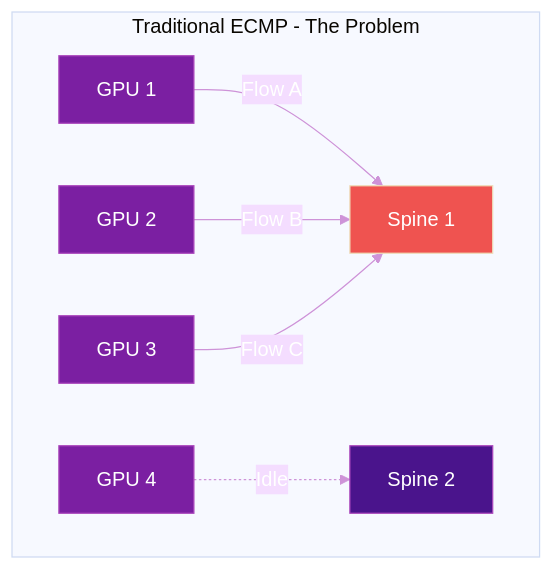
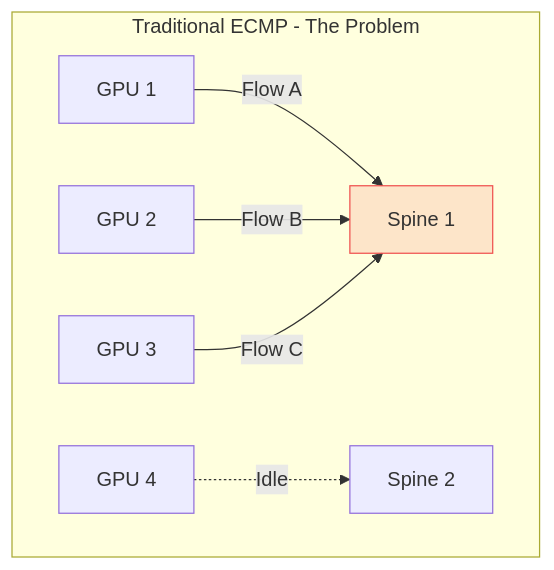
One commit to eldaninavas/srv6.md changed the first of 2 diagrams in docs/use-cases/ai-networking.md. Above: the diagram before and after it, drawn with Mermaid. The commit also changed other lines of this file and 29 other files, not shown here.

First line of the commit message:
fix(mermaid): apply theme-aware colors site-wide

````diff
--- a/docs/use-cases/ai-networking.md
+++ b/docs/use-cases/ai-networking.md
@@ -26,17 +26,11 @@
 ```mermaid
-%%{init: {"theme": "base", "themeVariables": {"primaryTextColor": "#fff", "lineColor": "#ce93d8", "textColor": "#fff"}}}%%
 graph TB
     subgraph Traditional ECMP - The Problem
         G1[GPU 1] -->|Flow A| S1[Spine 1]
         G2[GPU 2] -->|Flow B| S1
         G3[GPU 3] -->|Flow C| S1
         G4[GPU 4] -.->|Idle| S2[Spine 2]
     end
 
-    style S1 fill:#ef5350,color:#fff
-    style S2 fill:#4a148c,color:#fff,stroke:#ab47bc
-    style G1 fill:#7b1fa2,color:#fff,stroke:#ab47bc
-    style G2 fill:#7b1fa2,color:#fff,stroke:#ab47bc
-    style G3 fill:#7b1fa2,color:#fff,stroke:#ab47bc
-    style G4 fill:#7b1fa2,color:#fff,stroke:#ab47bc
+    style S1 fill:#ef535026,stroke:#ef5350
 ```
````
